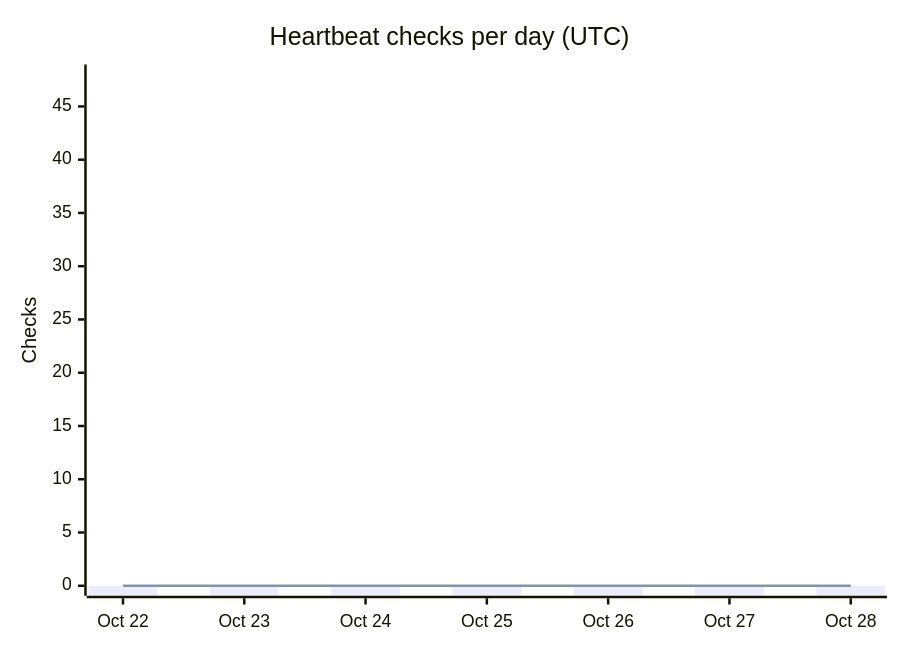
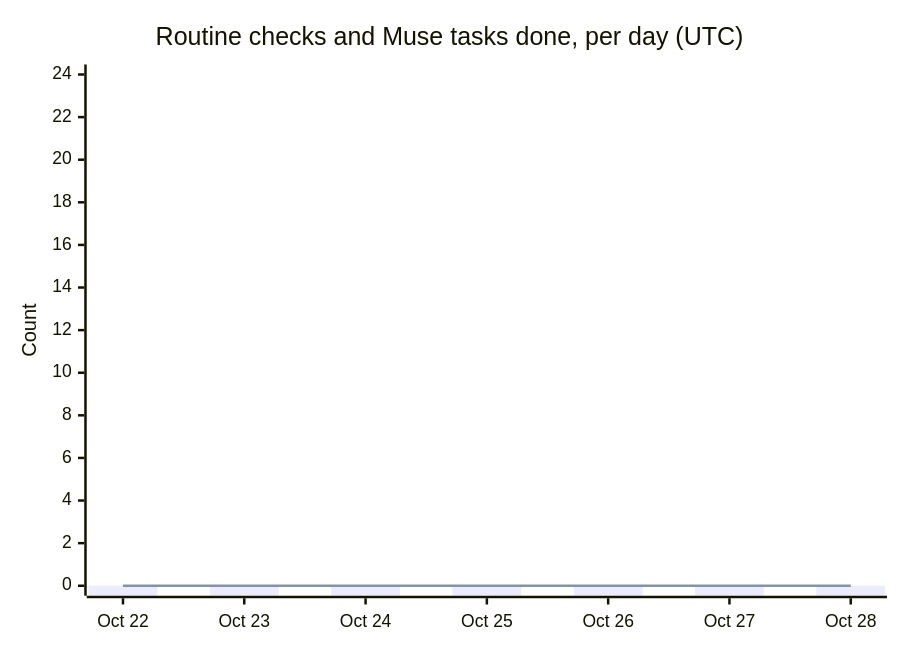
The first of 4 diagrams in agent-sandbox/drive/01 Shared Memory/Heartbeat Dashboard.md (KwameNeutron/BULWARK), drawn with Mermaid before and after one commit. The commit also changed other lines of this file and 2 other files, not shown here.

First line of the commit message:
AGENT SANDBOX v3.3: Muse heartbeats only on task completion

````diff
--- a/agent-sandbox/drive/01 Shared Memory/Heartbeat Dashboard.md
+++ b/agent-sandbox/drive/01 Shared Memory/Heartbeat Dashboard.md
@@ -60,8 +61,8 @@
 ```mermaid
 xychart-beta
-  title "Heartbeat checks per day (UTC)"
+  title "Routine checks and Muse tasks done, per day (UTC)"
   x-axis ["Oct 22", "Oct 23", "Oct 24", "Oct 25", "Oct 26", "Oct 27", "Oct 28"]
-  y-axis "Checks" 0 --> 48
+  y-axis "Count" 0 --> 24
   bar [0, 0, 0, 0, 0, 0, 0]
   line [0, 0, 0, 0, 0, 0, 0]
 ```
````
